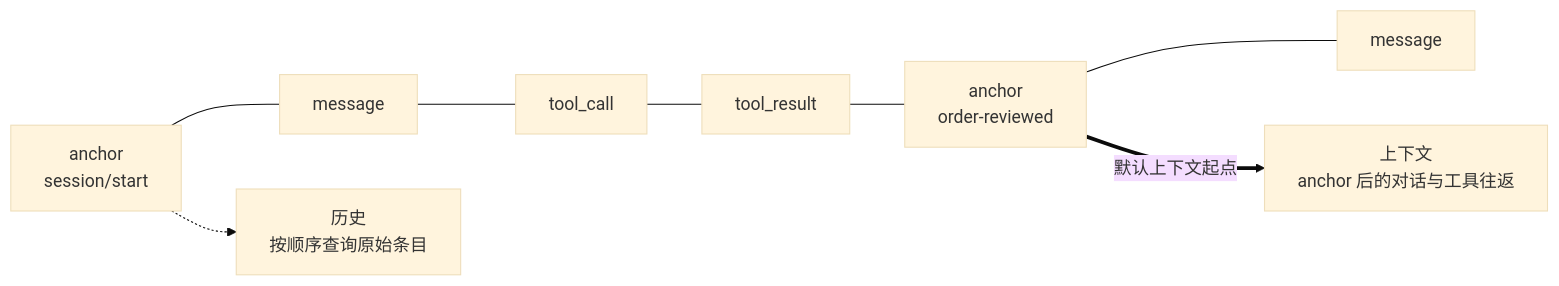
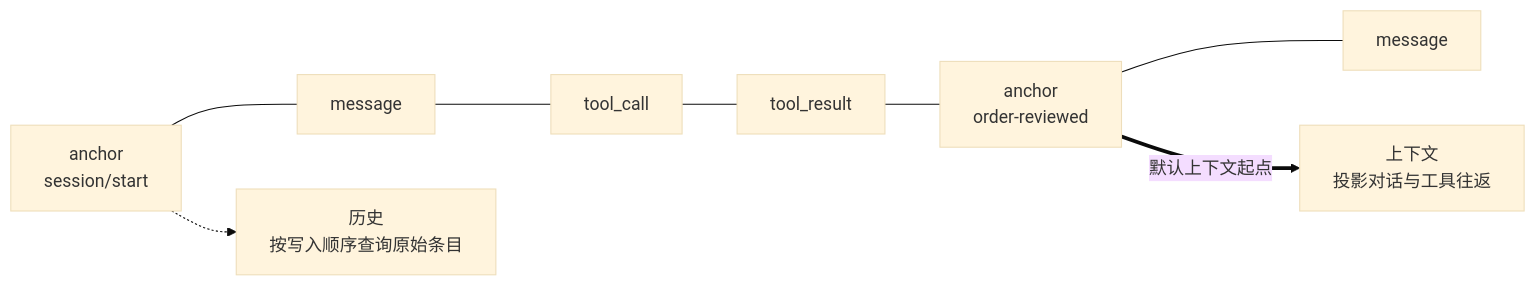
Before and after one commit to bubbuild/bub: the diagram in website/src/content/docs/zh-cn/docs/concepts/tape.mdx, drawn with Mermaid (base theme). The commit also changed other lines of this file and 72 other files, not shown here.

````diff
--- a/website/src/content/docs/zh-cn/docs/concepts/tape.mdx
+++ b/website/src/content/docs/zh-cn/docs/concepts/tape.mdx
@@ -16,6 +16,6 @@
 ```mermaid
 flowchart LR
   E1["anchor<br/>session/start"] --- E2["message"] --- E3["tool_call"] --- E4["tool_result"] --- E5["anchor<br/>order-reviewed"] --- E6["message"]
-  E1 -.-> A["历史<br/>按顺序查询原始条目"]
-  E5 ==>|"默认上下文起点"| B["上下文<br/>anchor 后的对话与工具往返"]
+  E1 -.-> A["历史<br/>按写入顺序查询原始条目"]
+  E5 ==>|"默认上下文起点"| B["上下文<br/>投影对话与工具往返"]
 ```
````
